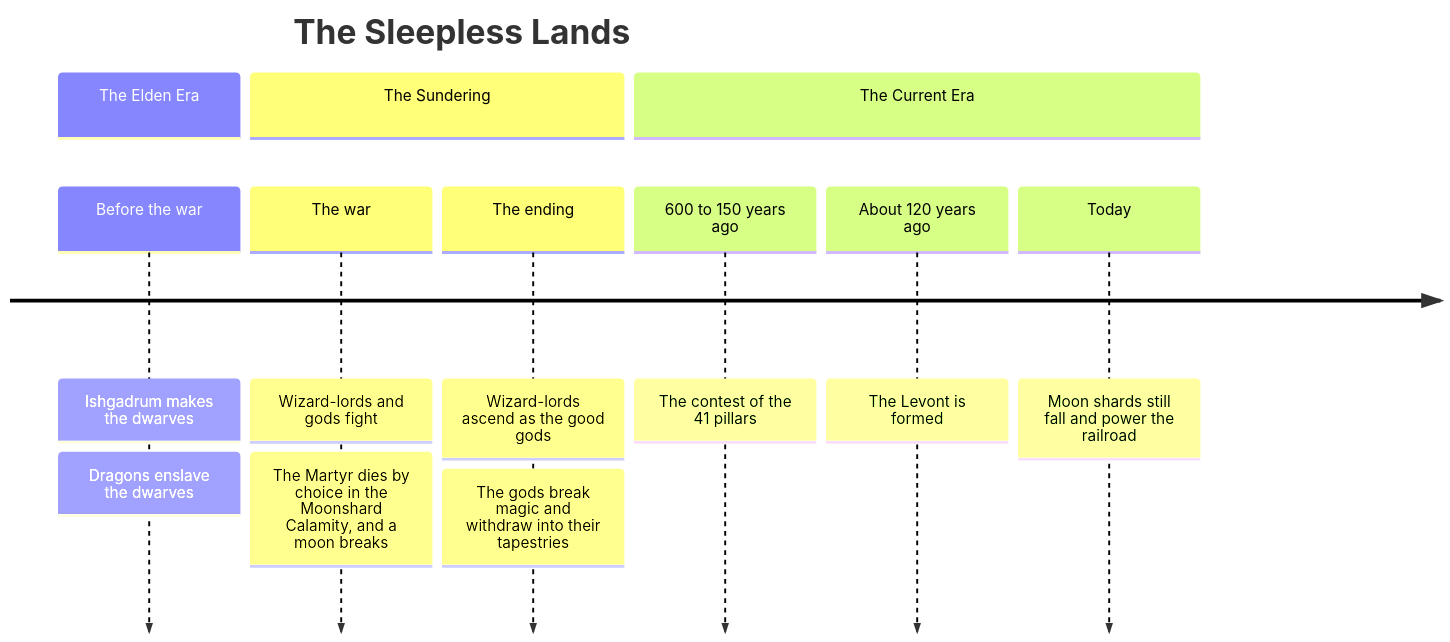
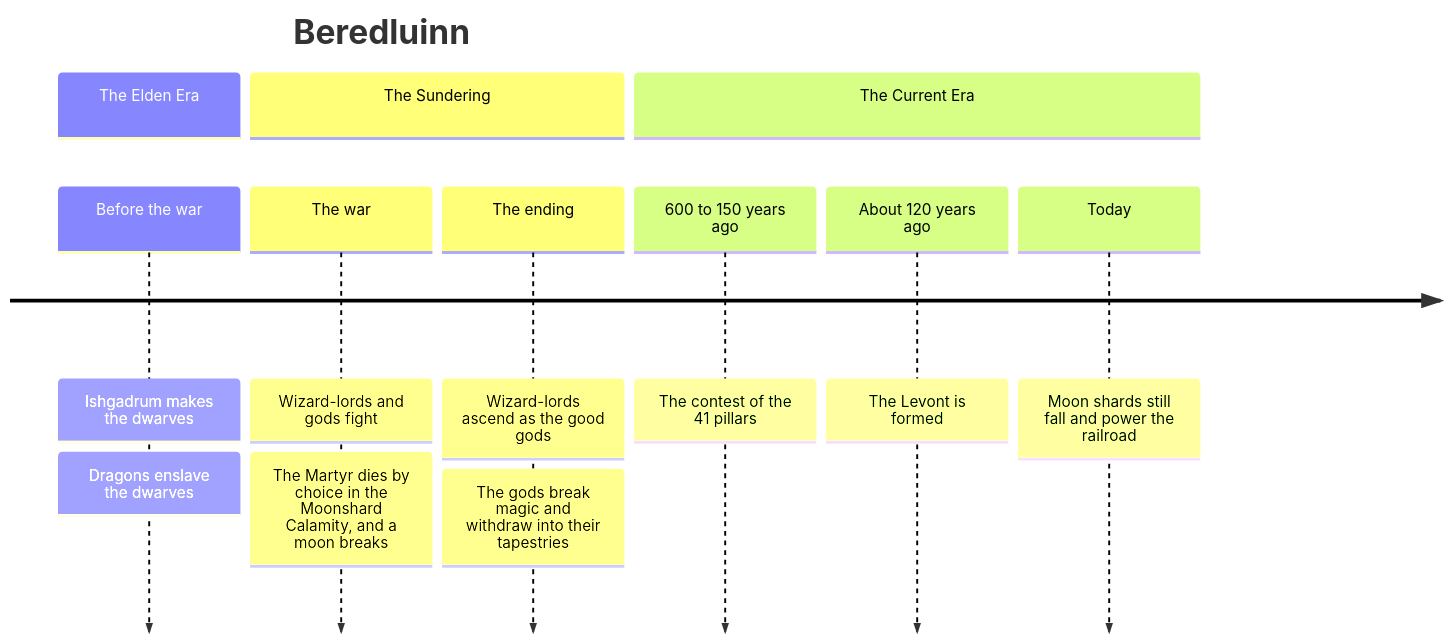
Before and after one commit to Huklings/Bereluinn-wiki: the diagram in History/Timeline.md, drawn with Mermaid. The commit also changed 5 other files, not shown here.

````diff
--- a/History/Timeline.md
+++ b/History/Timeline.md
@@ -30,16 +30,16 @@
 ```mermaid
 timeline
-    title The Sleepless Lands
+    title Beredluinn
     section The Elden Era
         Before the war : Ishgadrum makes the dwarves
                        : Dragons enslave the dwarves
     section The Sundering
         The war : Wizard-lords and gods fight
                 : The Martyr dies by choice in the Moonshard Calamity, and a moon breaks
         The ending : Wizard-lords ascend as the good gods
                    : The gods break magic and withdraw into their tapestries
     section The Current Era
         600 to 150 years ago : The contest of the 41 pillars
         About 120 years ago : The Levont is formed
         Today : Moon shards still fall and power the railroad
 ```
````
